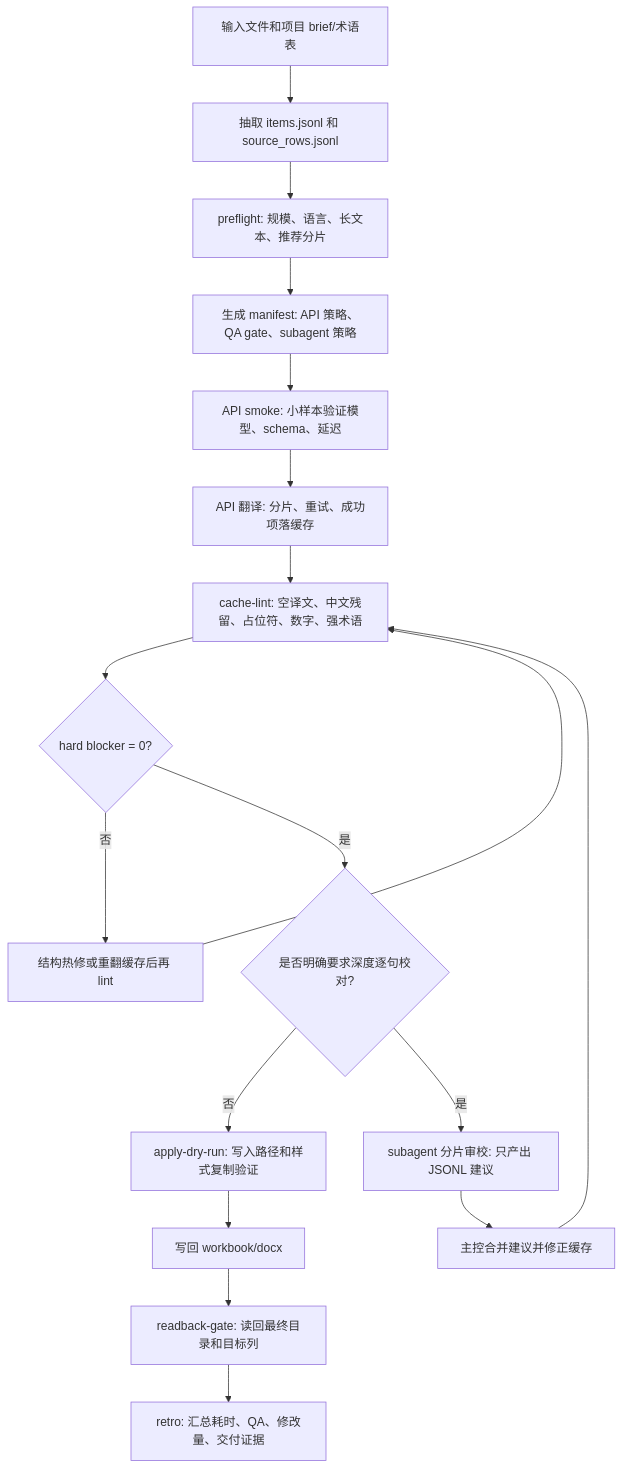
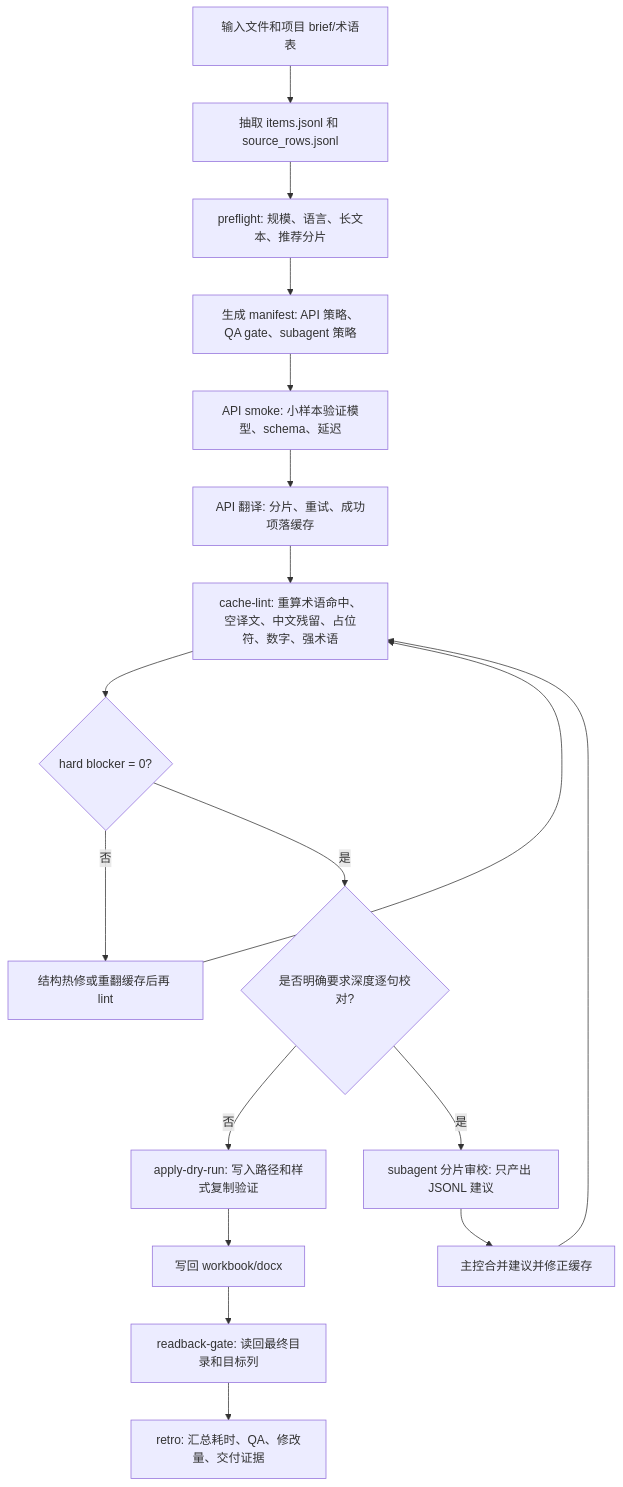
Before and after one commit to zhangzeyu99-web/localization-workflow-studio: the diagram in docs/LARGE_TEXT_MULTILINGUAL_WORKFLOW.md, drawn with Mermaid. The commit also changed other lines of this file and 56 other files, not shown here.

````diff
--- a/docs/LARGE_TEXT_MULTILINGUAL_WORKFLOW.md
+++ b/docs/LARGE_TEXT_MULTILINGUAL_WORKFLOW.md
@@ -13,20 +13,20 @@
 ```mermaid
 flowchart TD
   A["输入文件和项目 brief/术语表"] --> B["抽取 items.jsonl 和 source_rows.jsonl"]
   B --> C["preflight: 规模、语言、长文本、推荐分片"]
   C --> D["生成 manifest: API 策略、QA gate、subagent 策略"]
   D --> E["API smoke: 小样本验证模型、schema、延迟"]
   E --> F["API 翻译: 分片、重试、成功项落缓存"]
-  F --> G["cache-lint: 空译文、中文残留、占位符、数字、强术语"]
+  F --> G["cache-lint: 重算术语命中、空译文、中文残留、占位符、数字、强术语"]
   G --> H{"hard blocker = 0?"}
   H -- "否" --> I["结构热修或重翻缓存后再 lint"]
   I --> G
   H -- "是" --> J{"是否明确要求深度逐句校对?"}
   J -- "否" --> K["apply-dry-run: 写入路径和样式复制验证"]
   J -- "是" --> L["subagent 分片审校: 只产出 JSONL 建议"]
   L --> M["主控合并建议并修正缓存"]
   M --> G
   K --> N["写回 workbook/docx"]
   N --> O["readback-gate: 读回最终目录和目标列"]
   O --> P["retro: 汇总耗时、QA、修改量、交付证据"]
 ```
````
